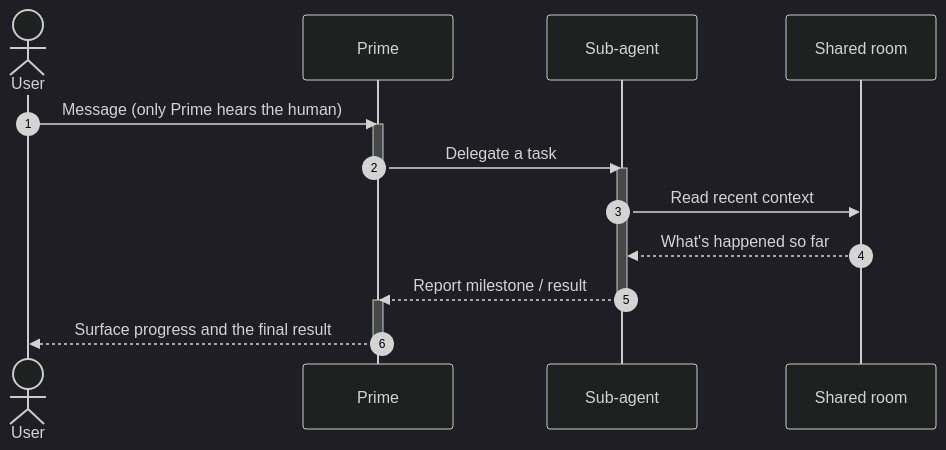
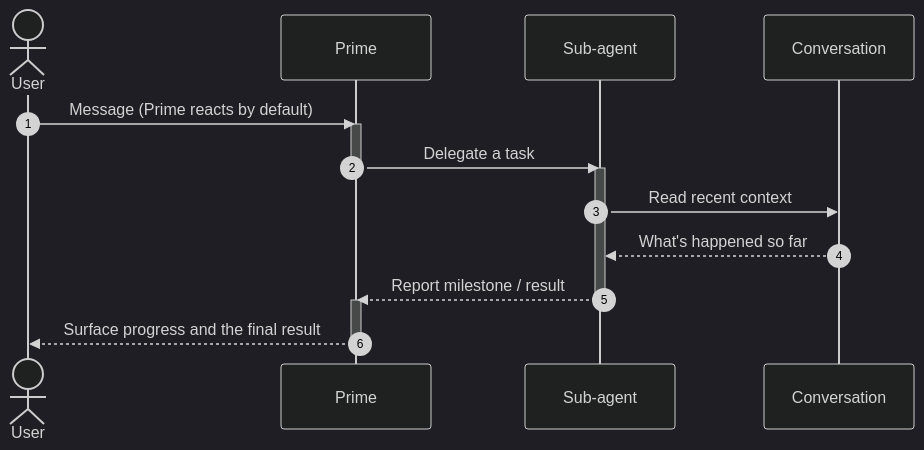
Before and after one commit to TangleML/tangent-shell: the third of 3 diagrams in docs/overview/05-subagent-orchestration.md, drawn with Mermaid (dark theme). The commit also changed other lines of this file and 16 other files, not shown here.

````diff
--- a/docs/overview/05-subagent-orchestration.md
+++ b/docs/overview/05-subagent-orchestration.md
@@ -96,21 +98,21 @@
 ```mermaid
 sequenceDiagram
   autonumber
   actor User
   participant Prime as Prime
   participant Sub as Sub-agent
-  participant Room as Shared room
+  participant Room as Conversation
 
-  User->>Prime: Message (only Prime hears the human)
+  User->>Prime: Message (Prime reacts by default)
   activate Prime
   Prime->>Sub: Delegate a task
   deactivate Prime
   activate Sub
   Sub->>Room: Read recent context
   Room-->>Sub: What's happened so far
   Sub-->>Prime: Report milestone / result
   deactivate Sub
   activate Prime
   Prime-->>User: Surface progress and the final result
   deactivate Prime
 ```
````
